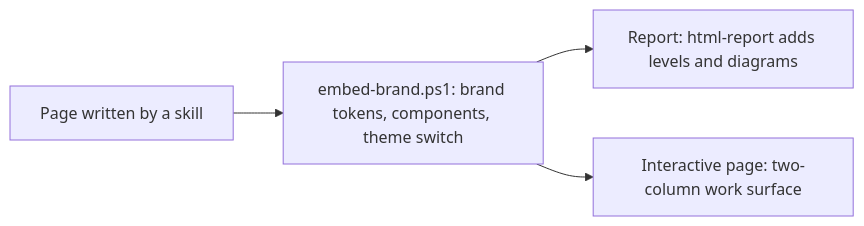
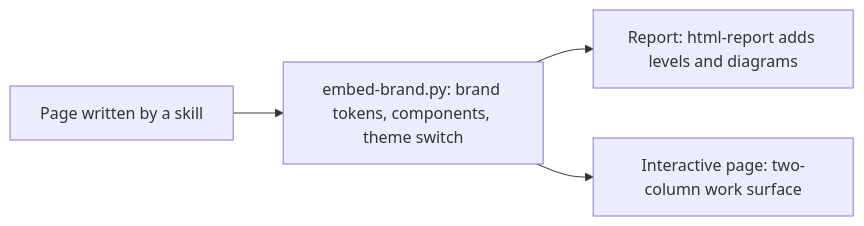
One commit to an-dr/agents changed the diagram in skills/conventions/an-dr-convention-html-repo-style/README.md. Above: the diagram before and after it, drawn with Mermaid. The commit also changed other lines of this file and 426 other files, not shown here.

````diff
--- a/skills/conventions/an-dr-convention-html-repo-style/README.md
+++ b/skills/conventions/an-dr-convention-html-repo-style/README.md
@@ -11,6 +11,6 @@
 ```mermaid
 flowchart LR
-  P[Page written by a skill] --> E[embed-brand.ps1: brand tokens, components, theme switch]
+  P[Page written by a skill] --> E[embed-brand.py: brand tokens, components, theme switch]
   E --> R[Report: html-report adds levels and diagrams]
   E --> U[Interactive page: two-column work surface]
 ```
````
